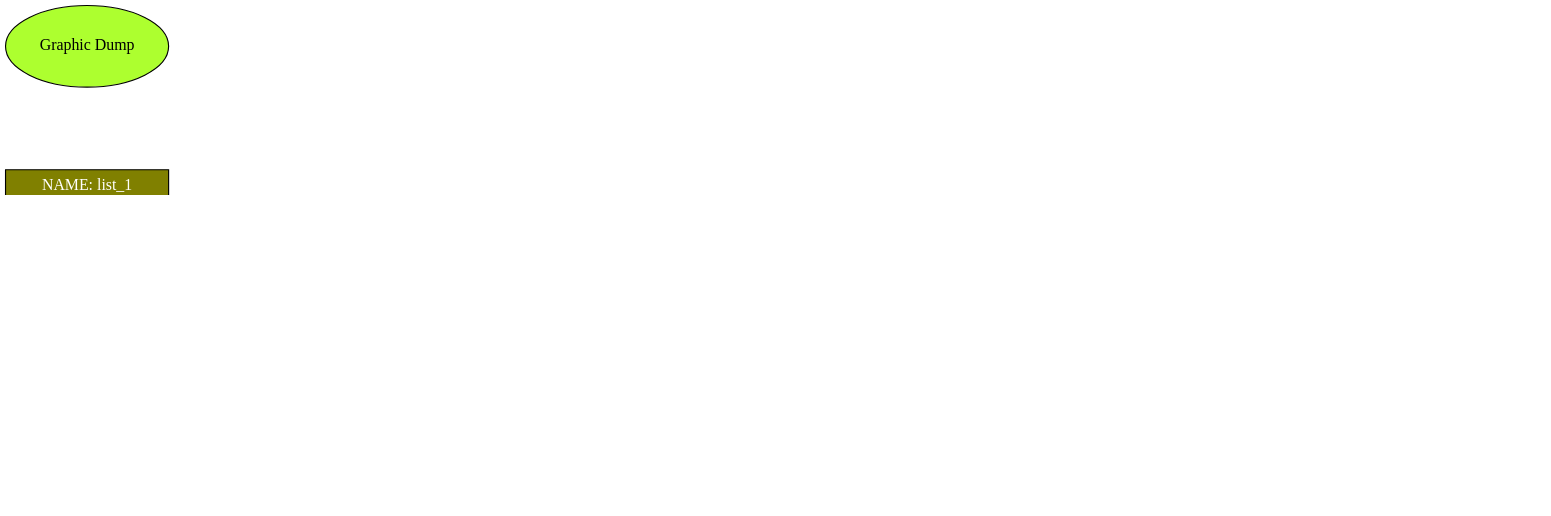
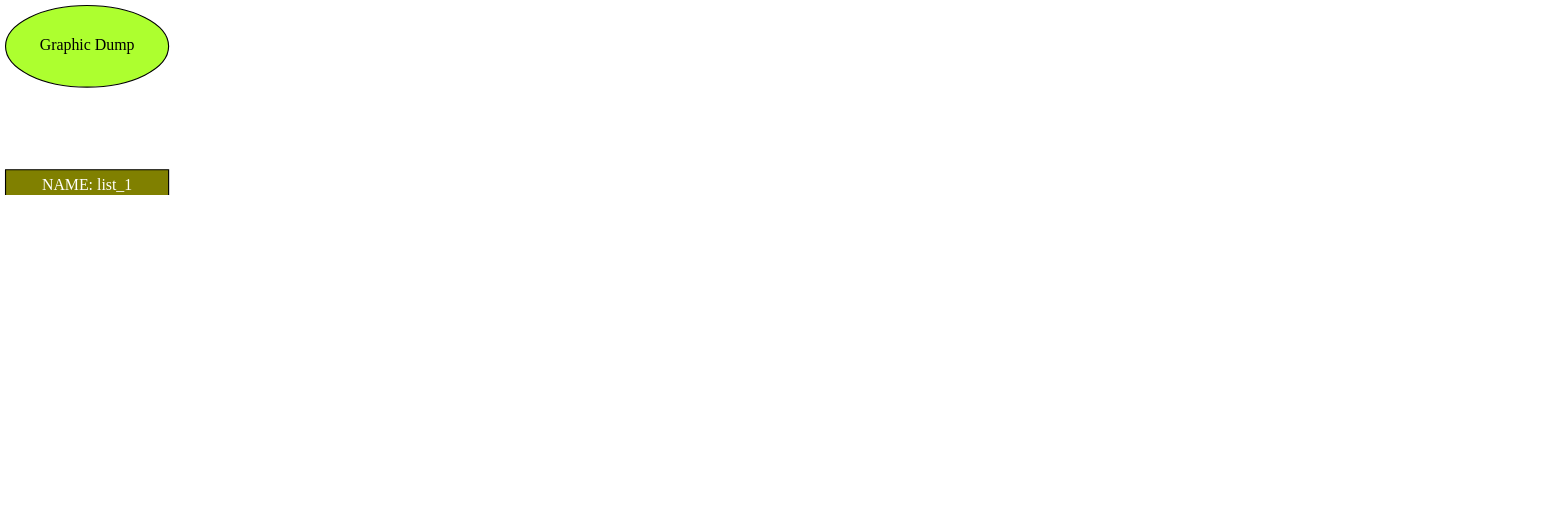
Before and after one commit to BileyHarryCopter/List: the diagram in sources/dump/list_1_dump.dot, drawn with Graphviz. The commit also changed 3 other files, not shown here.

```diff
--- a/sources/dump/list_1_dump.dot
+++ b/sources/dump/list_1_dump.dot
@@ -1,43 +1,43 @@
 digraph LIST
 {
 	graph [dpi = 200, nodesep = 1];
 	rankdir = LR;
 
 	subgraph LISTS
 	{
 		node [shape = record, style = "filled", fillcolor = "teal", fontcolor = "white"];
 		edge [maxlen = 2, penwidth = 1, arrowhead = "empty", weight = 0, dir = "both"];
 			l_elem_0 [label = "<name> FICT | <next> NEXT: 1 | <prev> PREV: 5 | <data> DATA: null", fillcolor = "darkslategray"];
 			l_elem_1 [label = "<name> NODE: 1 | <next> NEXT: 2 | <prev> PREV: 0 | <data> DATA: 20.00"];
 			l_elem_2 [label = "<name> NODE: 2 | <next> NEXT: 3 | <prev> PREV: 1 | <data> DATA: 30.00"];
 			l_elem_3 [label = "<name> NODE: 3 | <next> NEXT: 4 | <prev> PREV: 2 | <data> DATA: 40.00"];
 			l_elem_4 [label = "<name> NODE: 4 | <next> NEXT: 5 | <prev> PREV: 3 | <data> DATA: 60.00"];
-			l_elem_5 [label = "<name> NODE: 5 | <next> NEXT: 0 | <prev> PREV: 4 | <data> DATA: 860.00"];
+			l_elem_5 [label = "<name> NODE: 5 | <next> NEXT: 0 | <prev> PREV: 4 | <data> DATA: 86.00"];
 			l_elem_6 [label = "<name> NODE: 6 | <next> NEXT: 7 | <prev> PREV: -1 | <data> DATA: 0.00"];
 			l_elem_7 [label = "<name> NODE: 7 | <next> NEXT: 8 | <prev> PREV: -1 | <data> DATA: 0.00"];
 			l_elem_8 [label = "<name> NODE: 8 | <next> NEXT: 9 | <prev> PREV: -1 | <data> DATA: 0.00"];
 			l_elem_9 [label = "<name> NODE: 9 | <next> NEXT: 0 | <prev> PREV: -1 | <data> DATA: 0.00"];
 		l_elem_0->l_elem_1->l_elem_2->l_elem_3->l_elem_4->l_elem_5->l_elem_6->l_elem_7->l_elem_8->l_elem_9 [weight = 5, style = "invisible", arrowhead = "none", dir = "forward"];
 
 		l_elem_0:se -> l_elem_1:sw;
 		l_elem_0:ne -> l_elem_5:nw;
 		l_elem_1:se -> l_elem_2:sw;
 		l_elem_2:se -> l_elem_3:sw;
 		l_elem_3:se -> l_elem_4:sw;
 		l_elem_4:se -> l_elem_5:sw;
 		}
 
 	subgraph MAIN
 	{
 		node	[shape = record, width = 2, height = 2, style = "filled", fillcolor = "olive", fontcolor = "white"];
 		edge	[maxlen = 1 , penwidth = 1, arrowhead = "empty"];
 		main	[label = "{NAME:  list_1} | {CAPACITY:  10} | {INSERT:  5} | {FREE:  6} | {FICT:  0}"];
 	}
 
 	subgraph MAIN
 	{
 		node 	[shape = ellipse, height = 1, style = "filled", fillcolor = "greenyellow", fontcolor = "black"];
 		title 	[label = "Graphic Dump"];
 	}
 
 }
```
